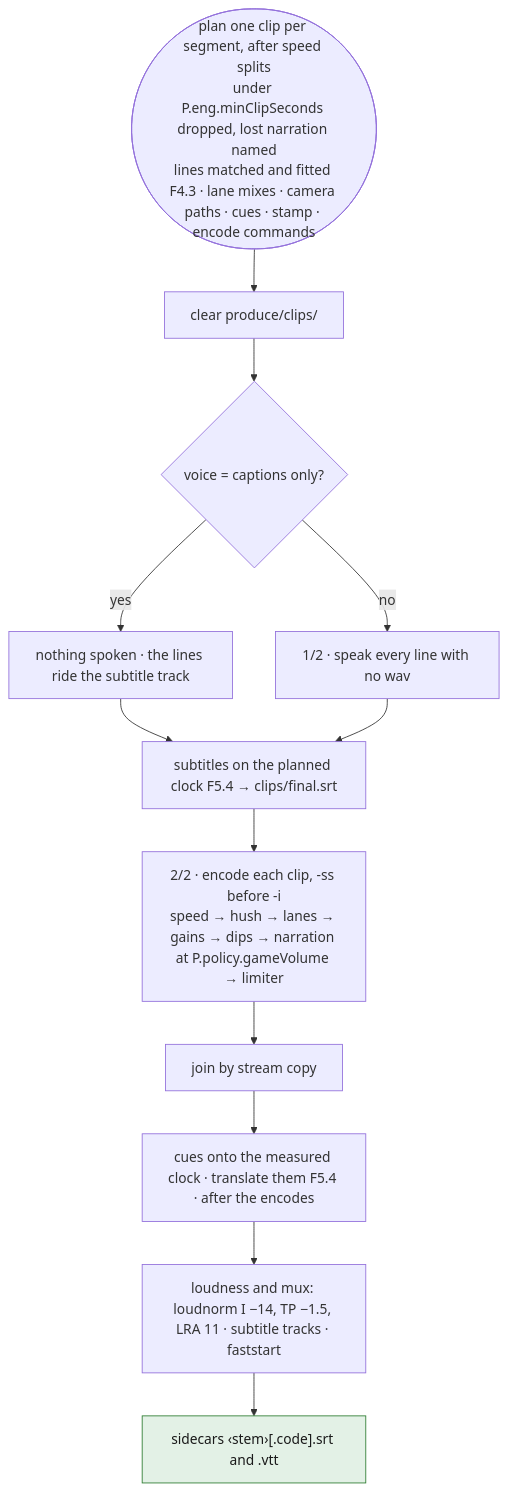
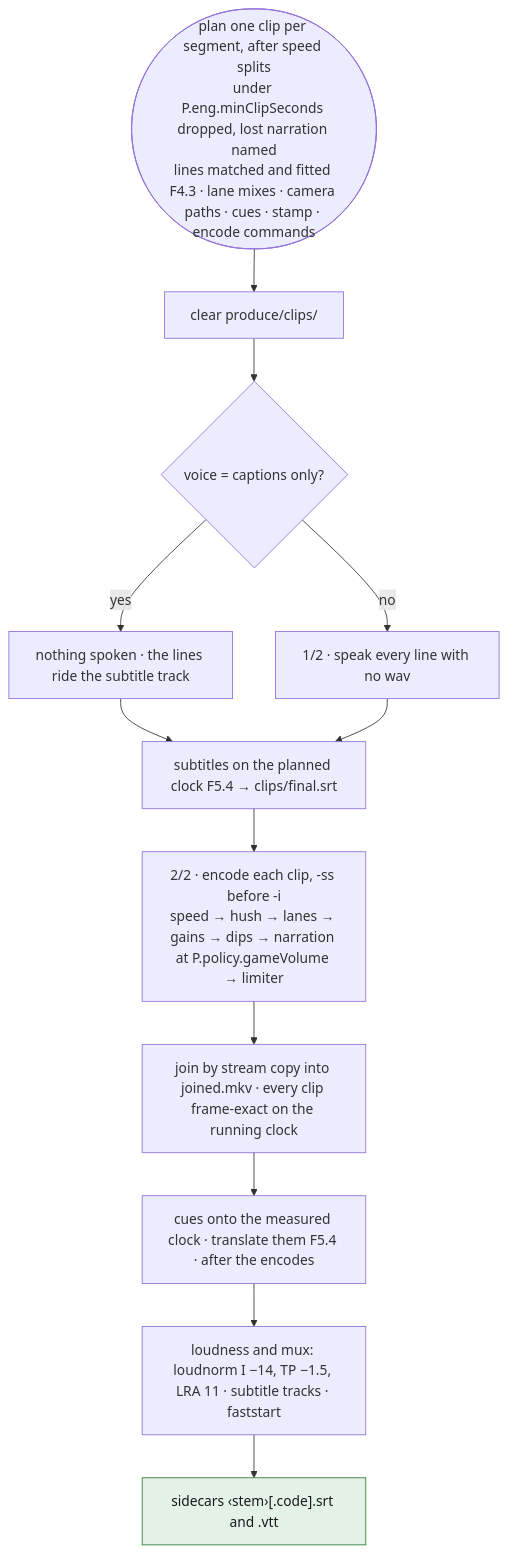
Before and after one commit to tbocek/naivepost: the second of 6 diagrams in spec/08-produce.md, drawn with Mermaid. The commit also changed other lines of this file and 79 other files, not shown here.

````diff
--- a/spec/08-produce.md
+++ b/spec/08-produce.md
@@ -61,17 +61,17 @@
 ```mermaid
 flowchart TD
   PL(["plan one clip per segment, after speed splits<br/>under P.eng.minClipSeconds dropped, lost narration named<br/>lines matched and fitted F4.3 · lane mixes · camera paths · cues · stamp · encode commands"]) --> A["clear produce/clips/"]
   A --> SPK{"voice = captions only?"}
   SPK -- yes --> CAPS["nothing spoken · the lines ride the subtitle track"]
   SPK -- no --> SP["1/2 · speak every line with no wav"]
   CAPS --> SUB
   SP --> SUB["subtitles on the planned clock F5.4 → clips/final.srt"]
   SUB --> ENC["2/2 · encode each clip, -ss before -i<br/>speed → hush → lanes → gains → dips → narration at P.policy.gameVolume → limiter"]
-  ENC --> JN["join by stream copy"]
+  ENC --> JN["join by stream copy into joined.mkv · every clip frame-exact on the running clock"]
   JN --> TR["cues onto the measured clock · translate them F5.4 · after the encodes"]
   TR --> MX["loudness and mux: loudnorm I −14, TP −1.5, LRA 11 · subtitle tracks · faststart"]
   MX --> SC["sidecars ‹stem›[.code].srt and .vtt"]:::done
   classDef refuse fill:#fde2e1,stroke:#c01c28,color:#1a1a1a
   classDef done fill:#e3f1e6,stroke:#2e7d32,color:#1a1a1a
   classDef ask fill:#e8eefc,stroke:#3a63c8,color:#1a1a1a
 ```
````
